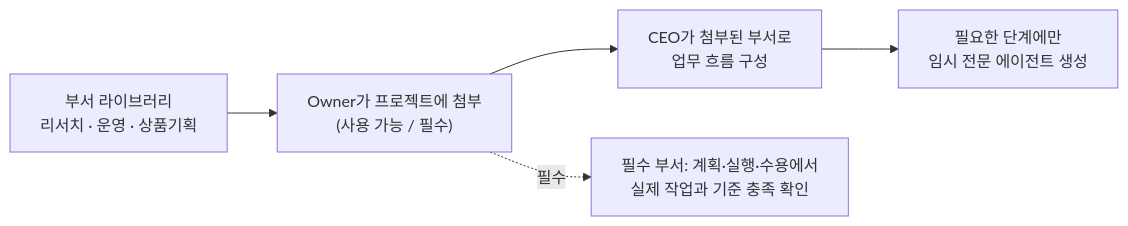
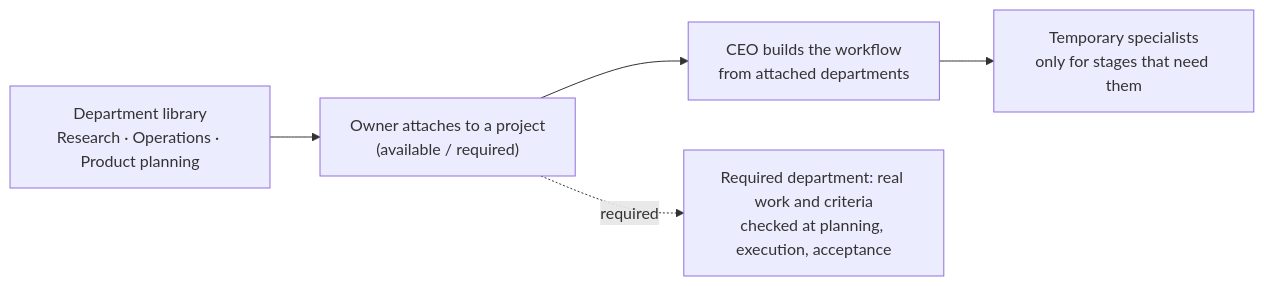
The fourth of 5 diagrams in README.md (rhkralsrb0820/ax-branch), drawn with Mermaid before and after one commit. The commit also changed other lines of this file, not shown here.

````diff
--- a/README.md
+++ b/README.md
@@ -151,7 +151,7 @@
 ```mermaid
 flowchart LR
-    L["부서 라이브러리<br/>리서치 · 운영 · 상품기획"] --> A["Owner가 프로젝트에 첨부<br/>(사용 가능 / 필수)"]
-    A --> C["CEO가 첨부된 부서로<br/>업무 흐름 구성"]
-    C --> S["필요한 단계에만<br/>임시 전문 에이전트 생성"]
-    A -. "필수" .-> R["필수 부서: 계획·실행·수용에서<br/>실제 작업과 기준 충족 확인"]
+    L["Department library<br/>Research · Operations · Product planning"] --> A["Owner attaches to a project<br/>(available / required)"]
+    A --> C["CEO builds the workflow<br/>from attached departments"]
+    C --> S["Temporary specialists<br/>only for stages that need them"]
+    A -. "required" .-> R["Required department: real work and criteria<br/>checked at planning, execution, acceptance"]
 ```
````
